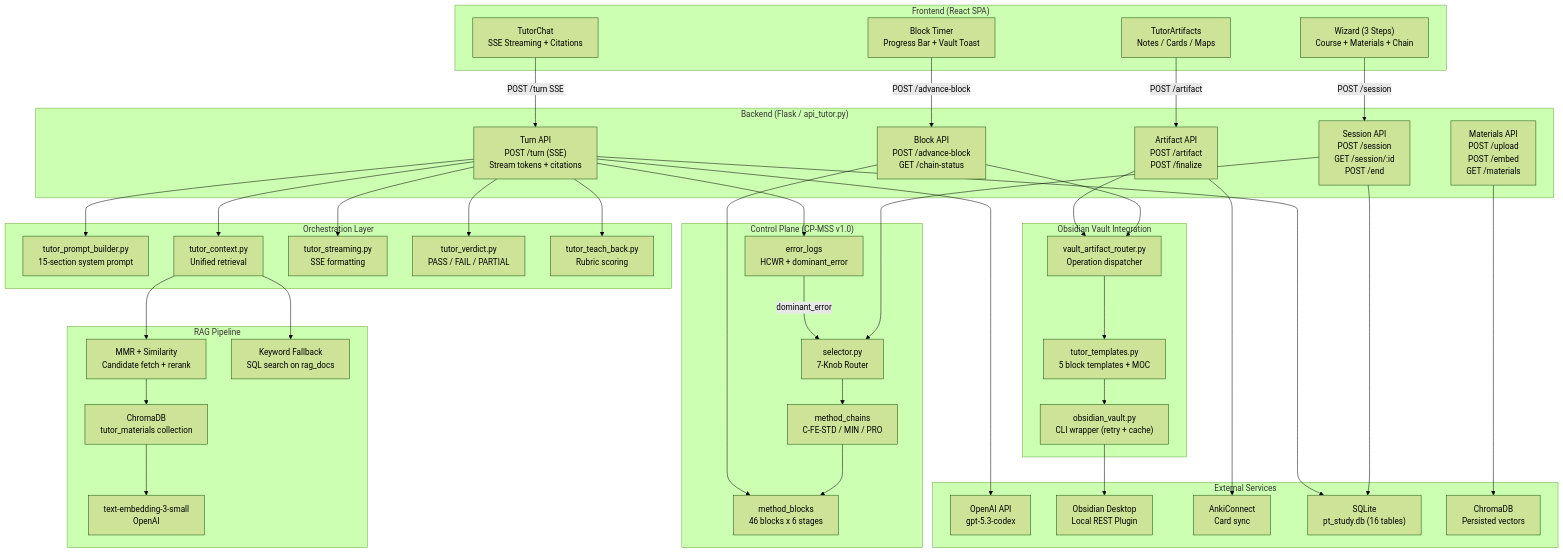
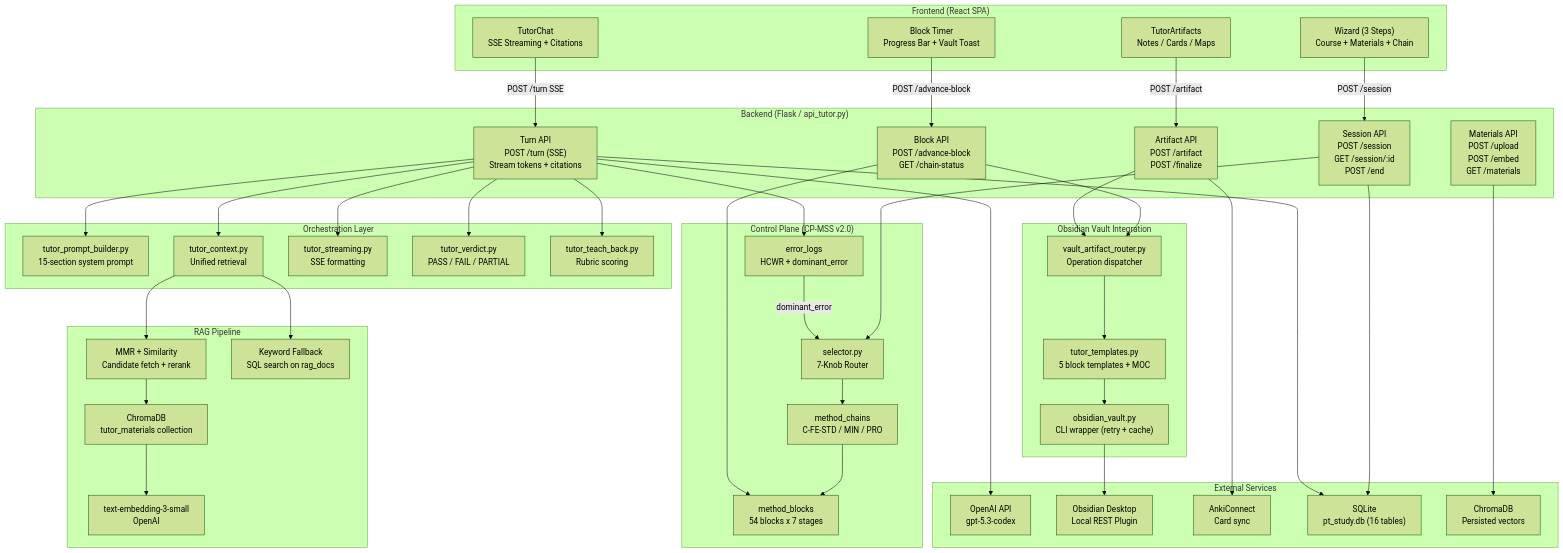
The first of 6 diagrams in docs/TUTOR_ARCHITECTURE.md (Treytucker05/pt-study-sop), drawn with Mermaid (forest theme) before and after one commit. The commit also changed other lines of this file and 86 other files, not shown here.

```diff
--- a/docs/TUTOR_ARCHITECTURE.md
+++ b/docs/TUTOR_ARCHITECTURE.md
@@ -32,10 +32,10 @@
         TeachBack["tutor_teach_back.py<br/>Rubric scoring"]
     end
 
-    subgraph ControlPlane["Control Plane (CP-MSS v1.0)"]
+    subgraph ControlPlane["Control Plane (CP-MSS v2.0)"]
         Selector["selector.py<br/>7-Knob Router"]
         Chains["method_chains<br/>C-FE-STD / MIN / PRO"]
-        Blocks["method_blocks<br/>46 blocks x 6 stages"]
+        Blocks["method_blocks<br/>54 blocks x 7 stages"]
         ErrorTelemetry["error_logs<br/>HCWR + dominant_error"]
     end
 
```
